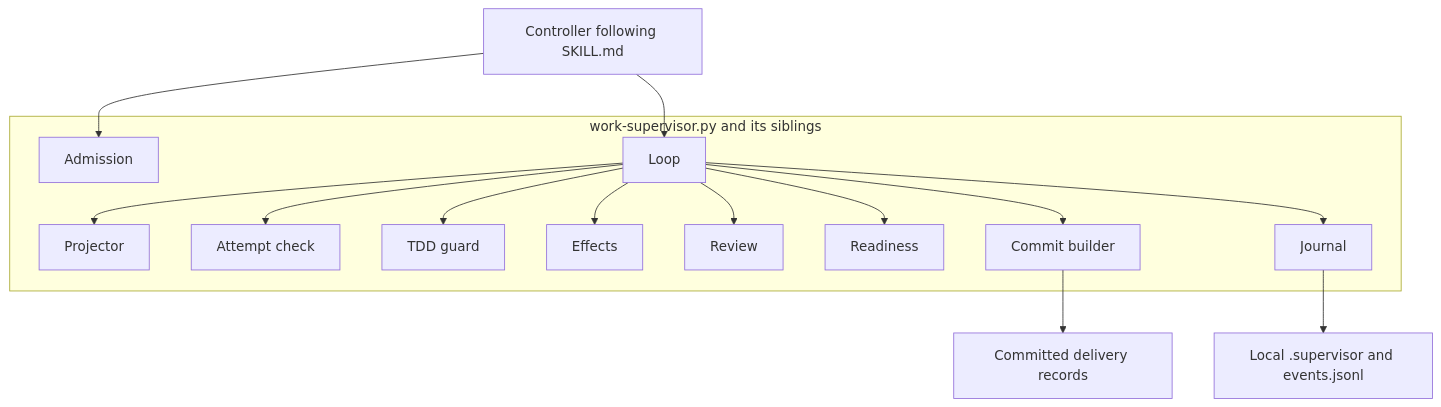
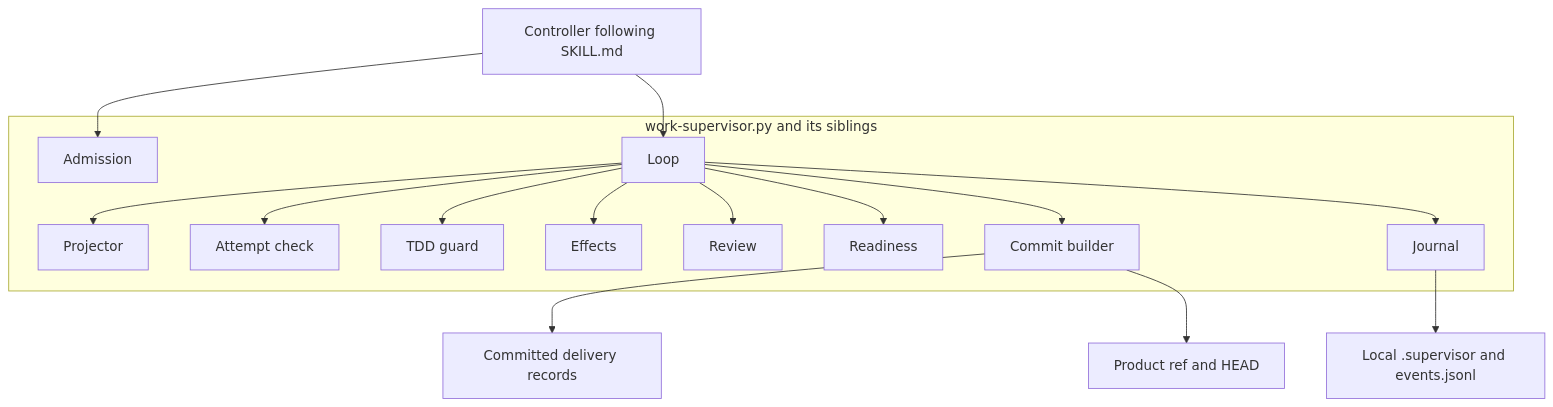
Before and after one commit to eugenelim/agent-ready-repo: the first of 3 diagrams in docs/architecture/work-loop-execution-supervisor.md, drawn with Mermaid. The commit also changed other lines of this file and 34 other files, not shown here.

First line of the commit message:
feat(core): work-loop acceptance reads the protected product ref, with a proven reversal (core 4.0.9)

````diff
--- a/docs/architecture/work-loop-execution-supervisor.md
+++ b/docs/architecture/work-loop-execution-supervisor.md
@@ -80,30 +82,32 @@
 ```mermaid
 flowchart TB
     Controller[Controller following SKILL.md]
     subgraph Supervisor[work-supervisor.py and its siblings]
         Admission[Admission]
         Loop[Loop]
         Projector[Projector]
         Attempt[Attempt check]
         TDD[TDD guard]
         Effects[Effects]
         Review[Review]
         Readiness[Readiness]
         Commit[Commit builder]
         Journal[Journal]
     end
     Delivery[Committed delivery records]
+    ProductRef[Product ref and HEAD]
     Local[Local .supervisor and events.jsonl]
     Controller --> Admission
     Controller --> Loop
     Loop --> Attempt
     Loop --> Projector
     Loop --> TDD
     Loop --> Effects
     Loop --> Review
     Loop --> Readiness
     Loop --> Commit
     Commit --> Delivery
+    Commit --> ProductRef
     Loop --> Journal
     Journal --> Local
 ```
````
